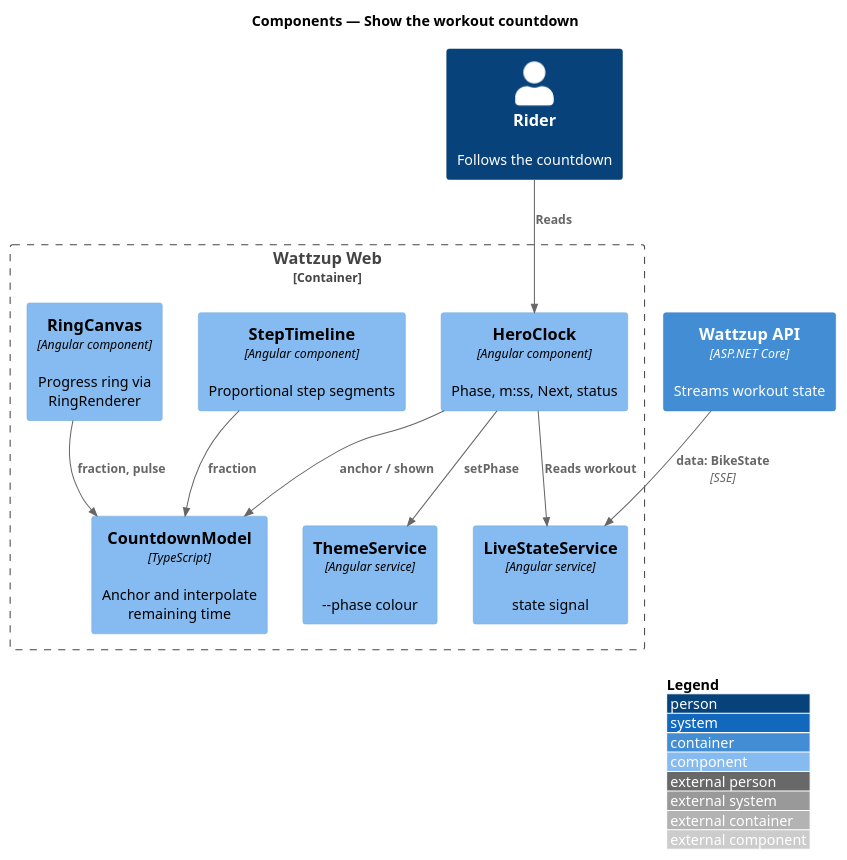
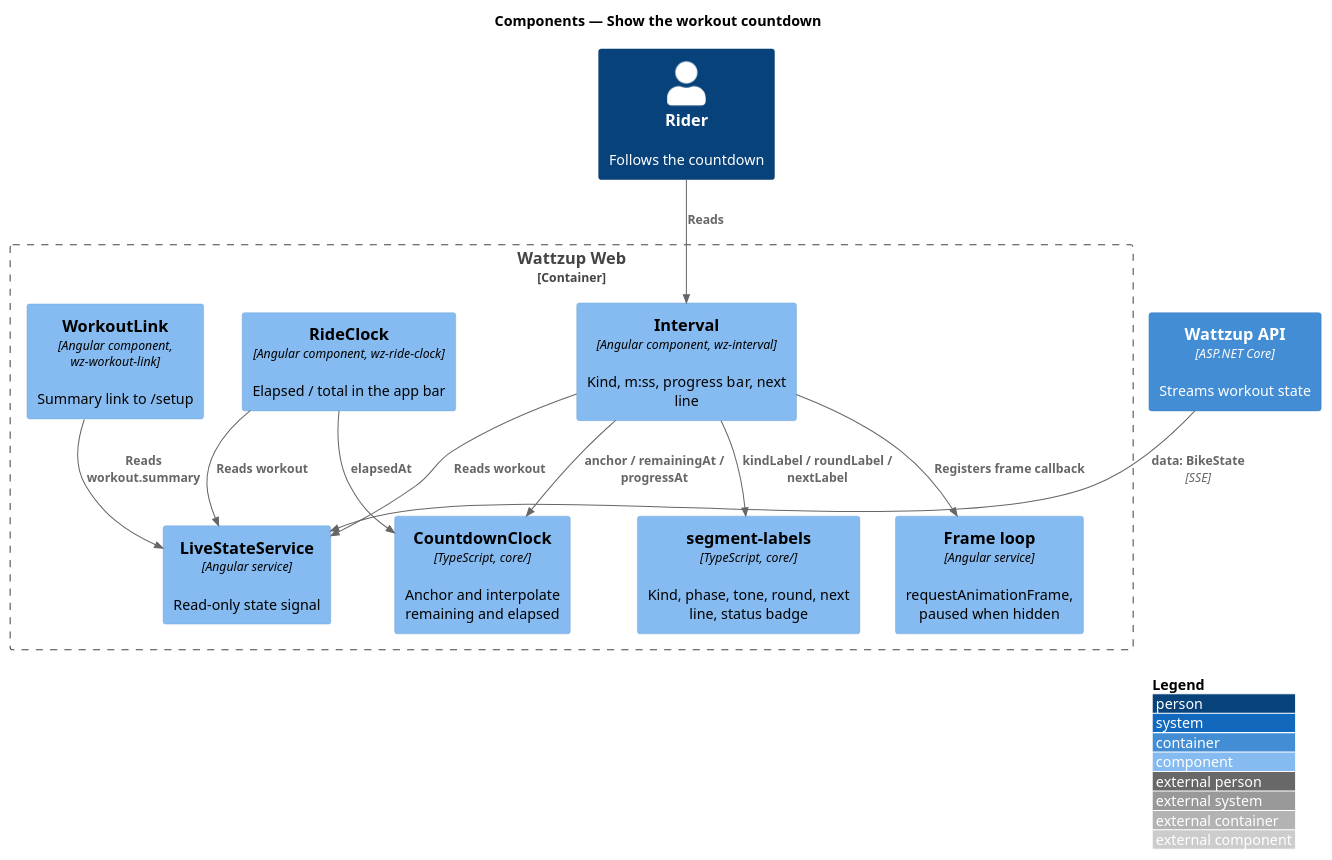
Before and after one commit to QuinntyneBrown/ride-one: the diagram in docs/detailed-designs/workouts/show-workout-countdown/diagrams/c4-component.puml, drawn with PlantUML. The commit also changed 265 other files, not shown here.

```diff
--- a/docs/detailed-designs/workouts/show-workout-countdown/diagrams/c4-component.puml
+++ b/docs/detailed-designs/workouts/show-workout-countdown/diagrams/c4-component.puml
@@ -1,24 +1,27 @@
 @startuml
 !include <C4/C4_Component>
 LAYOUT_WITH_LEGEND()
 title Components — Show the workout countdown
 
 Person(rider, "Rider", "Follows the countdown")
 Container_Boundary(web, "Wattzup Web") {
-  Component(live, "LiveStateService", "Angular service", "state signal")
-  Component(model, "CountdownModel", "TypeScript", "Anchor and interpolate remaining time")
-  Component(clock, "HeroClock", "Angular component", "Phase, m:ss, Next, status")
-  Component(timeline, "StepTimeline", "Angular component", "Proportional step segments")
-  Component(ring, "RingCanvas", "Angular component", "Progress ring via RingRenderer")
-  Component(theme, "ThemeService", "Angular service", "--phase colour")
+  Component(live, "LiveStateService", "Angular service", "Read-only state signal")
+  Component(clock, "CountdownClock", "TypeScript, core/", "Anchor and interpolate remaining and elapsed")
+  Component(labels, "segment-labels", "TypeScript, core/", "Kind, phase, tone, round, next line, status badge")
+  Component(interval, "Interval", "Angular component, wz-interval", "Kind, m:ss, progress bar, next line")
+  Component(rideclock, "RideClock", "Angular component, wz-ride-clock", "Elapsed / total in the app bar")
+  Component(link, "WorkoutLink", "Angular component, wz-workout-link", "Summary link to /setup")
+  Component(frame, "Frame loop", "Angular service", "requestAnimationFrame, paused when hidden")
 }
 Container(api, "Wattzup API", "ASP.NET Core", "Streams workout state")
 
 Rel(api, live, "data: BikeState", "SSE")
-Rel(clock, live, "Reads workout")
-Rel(clock, model, "anchor / shown")
-Rel(timeline, model, "fraction")
-Rel(ring, model, "fraction, pulse")
-Rel(clock, theme, "setPhase")
-Rel(rider, clock, "Reads")
+Rel(interval, live, "Reads workout")
+Rel(rideclock, live, "Reads workout")
+Rel(link, live, "Reads workout.summary")
+Rel(interval, clock, "anchor / remainingAt / progressAt")
+Rel(rideclock, clock, "elapsedAt")
+Rel(interval, labels, "kindLabel / roundLabel / nextLabel")
+Rel(interval, frame, "Registers frame callback")
+Rel(rider, interval, "Reads")
 @enduml
```
